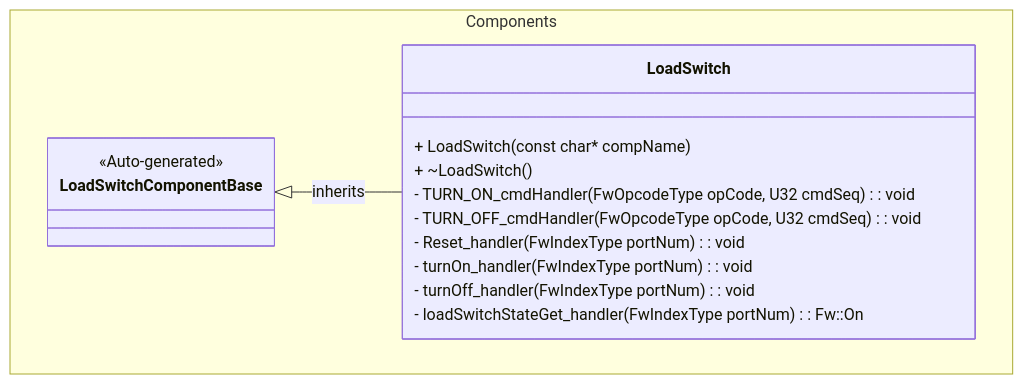
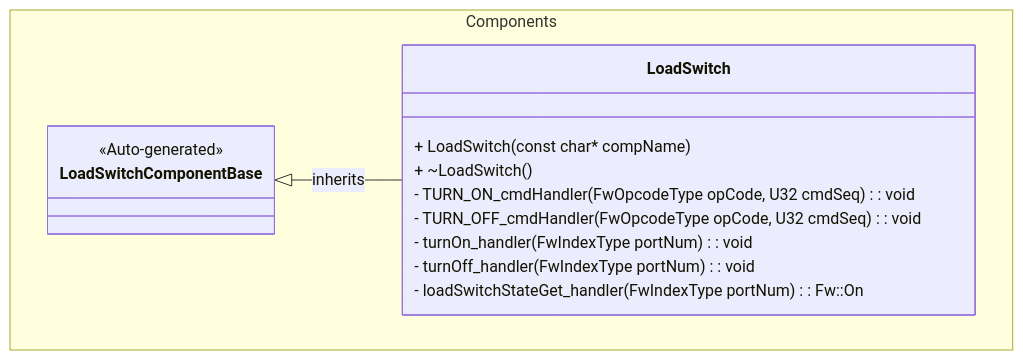
The diagram in FprimeZephyrReference/Components/LoadSwitch/docs/sdd.md (Open-Source-Space-Foundation/proves-core-reference), drawn with Mermaid before and after one commit. The commit also changed other lines of this file and 3 other files, not shown here.

````diff
--- a/FprimeZephyrReference/Components/LoadSwitch/docs/sdd.md
+++ b/FprimeZephyrReference/Components/LoadSwitch/docs/sdd.md
@@ -19,19 +18,18 @@
 ```mermaid
 classDiagram
     namespace Components {
         class LoadSwitchComponentBase {
             <<Auto-generated>>
         }
         class LoadSwitch {
             + LoadSwitch(const char* compName)
             + ~LoadSwitch()
             - TURN_ON_cmdHandler(FwOpcodeType opCode, U32 cmdSeq): void
             - TURN_OFF_cmdHandler(FwOpcodeType opCode, U32 cmdSeq): void
-            - Reset_handler(FwIndexType portNum): void
             - turnOn_handler(FwIndexType portNum): void
             - turnOff_handler(FwIndexType portNum): void
             - loadSwitchStateGet_handler(FwIndexType portNum): Fw::On
         }
     }
     LoadSwitchComponentBase <|-- LoadSwitch : inherits
 ```
````
